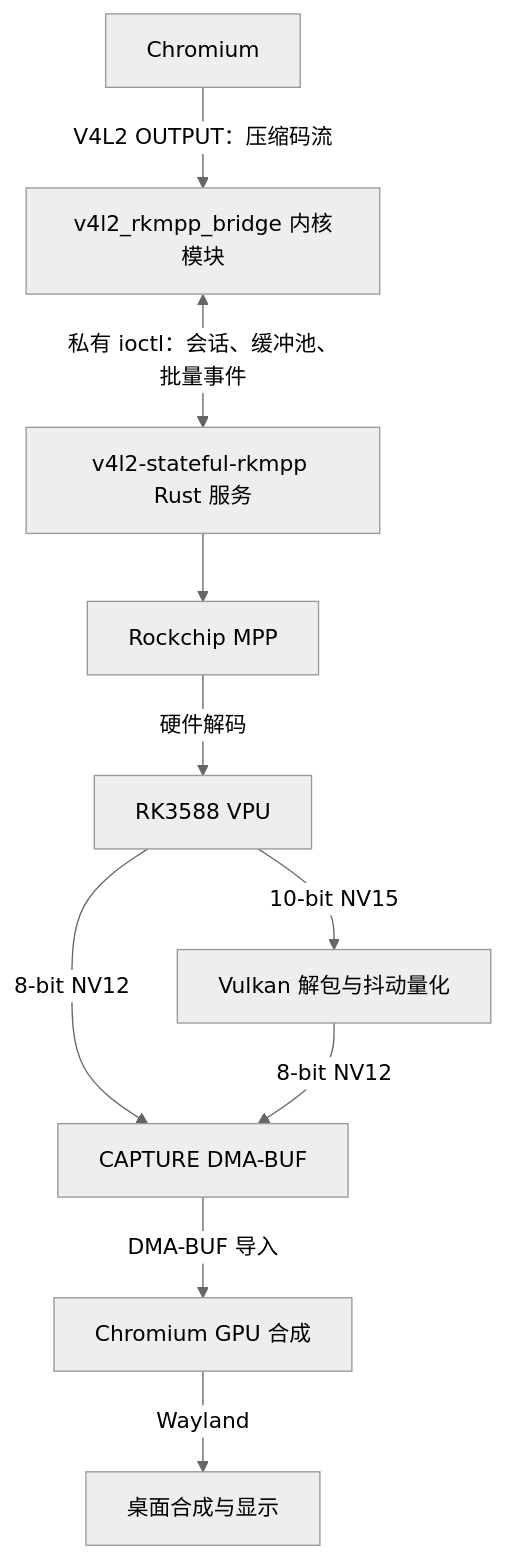
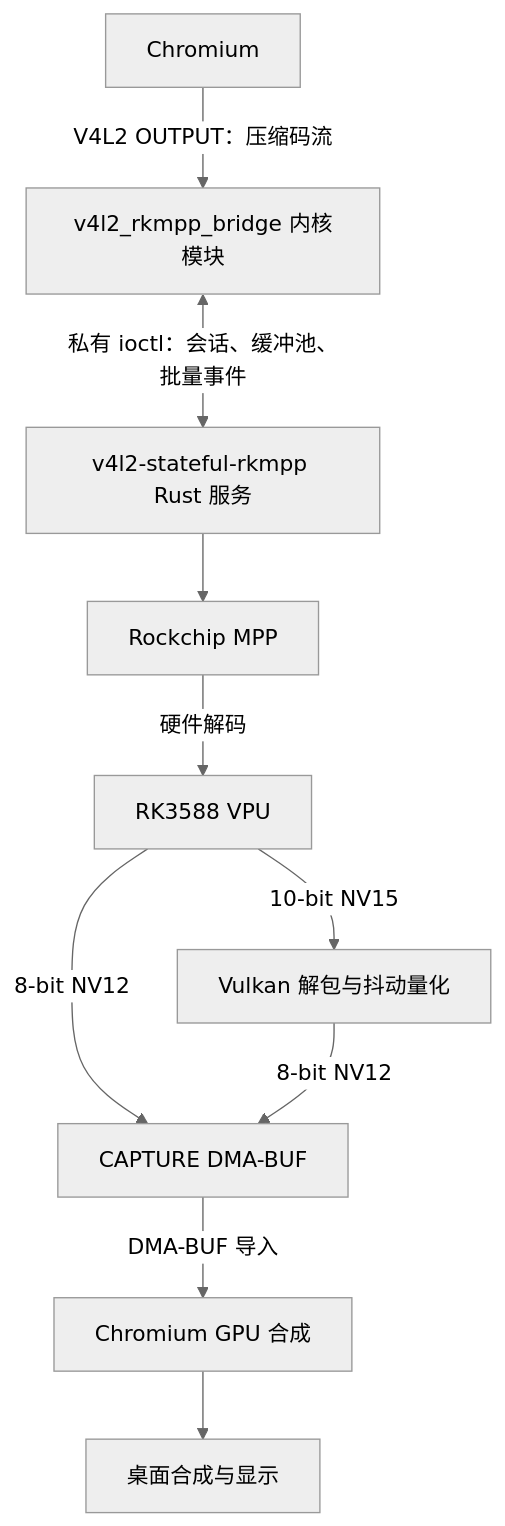
One commit to abadcafe/v4l2-stateful-rkmpp changed the diagram in README.md. Above: the diagram before and after it, drawn with Mermaid (neutral theme). The commit also changed other lines of this file and 17 other files, not shown here.

First line of the commit message:
Use default Chromium graphics backends and prebuilt test services

````diff
--- a/README.md
+++ b/README.md
@@ -11,12 +11,12 @@
 ```mermaid
 flowchart TD
     Chromium[Chromium] -->|V4L2 OUTPUT：压缩码流| Kernel[v4l2_rkmpp_bridge 内核模块]
     Kernel <-->|私有 ioctl：会话、缓冲池、批量事件| Service[v4l2-stateful-rkmpp Rust 服务]
     Service --> MPP[Rockchip MPP]
     MPP -->|硬件解码| VPU[RK3588 VPU]
     VPU -->|8-bit NV12| Capture[CAPTURE DMA-BUF]
     VPU -->|10-bit NV15| Vulkan[Vulkan 解包与抖动量化]
     Vulkan -->|8-bit NV12| Capture
     Capture -->|DMA-BUF 导入| GPU[Chromium GPU 合成]
-    GPU -->|Wayland| Display[桌面合成与显示]
+    GPU --> Display[桌面合成与显示]
 ```
````
